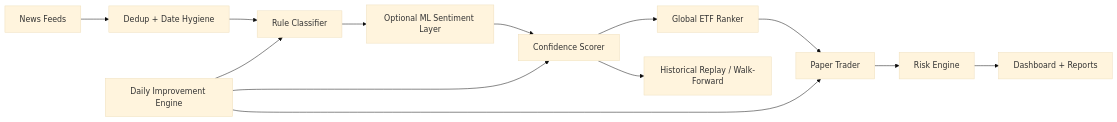
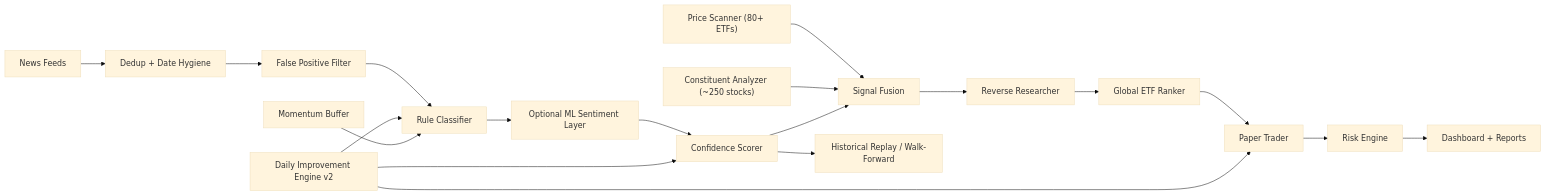
One commit to gitdhirajsv/Azalyst-ETF-Intelligence changed the diagram in README.md. Above: the diagram before and after it, drawn with Mermaid (base theme). The commit also changed other lines of this file and 2 other files, not shown here.

````diff
--- a/README.md
+++ b/README.md
@@ -38,15 +41,21 @@
 ```mermaid
 flowchart LR
     A["News Feeds"] --> B["Dedup + Date Hygiene"]
-    B --> C["Rule Classifier"]
+    B --> FP["False Positive Filter"]
+    FP --> C["Rule Classifier"]
     C --> D["Optional ML Sentiment Layer"]
     D --> E["Confidence Scorer"]
-    E --> F["Global ETF Ranker"]
+    P["Price Scanner (80+ ETFs)"] --> SF["Signal Fusion"]
+    CA["Constituent Analyzer (~250 stocks)"] --> SF
+    E --> SF
+    SF --> RR["Reverse Researcher"]
+    RR --> F["Global ETF Ranker"]
     F --> G["Paper Trader"]
     G --> H["Risk Engine"]
     H --> I["Dashboard + Reports"]
     E --> J["Historical Replay / Walk-Forward"]
-    K["Daily Improvement Engine"] --> C
+    K["Daily Improvement Engine v2"] --> C
     K --> E
     K --> G
+    MB["Momentum Buffer"] --> C
 ```
````
